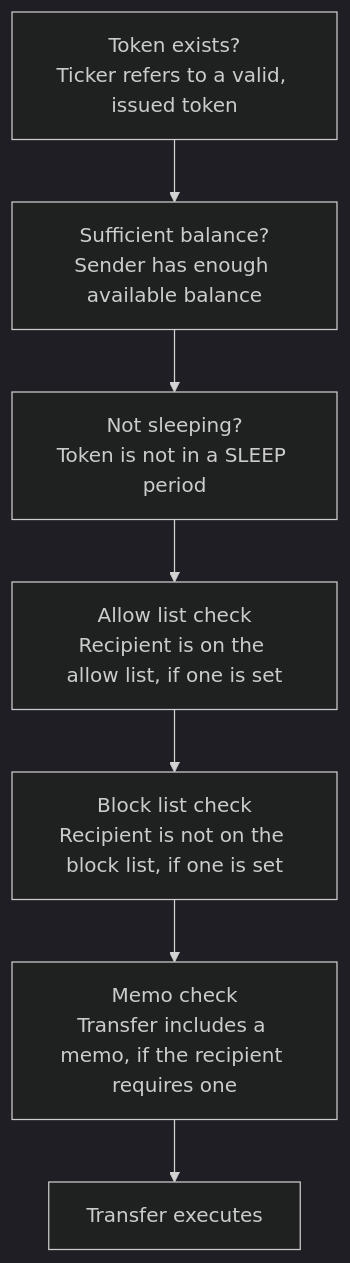
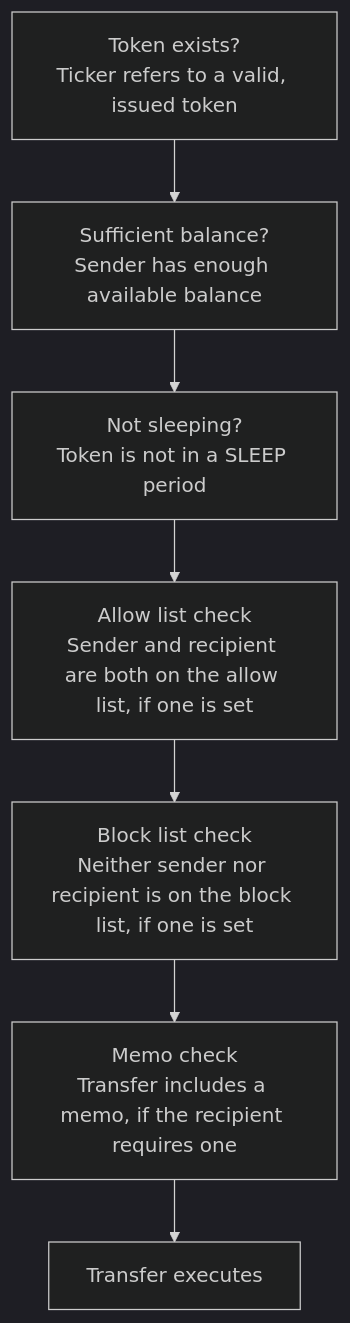
One commit to XChain-Platform/xchain-documentation changed the diagram in concepts/tokens.md. Above: the diagram before and after it, drawn with Mermaid (dark theme). The commit also changed other lines of this file and 62 other files, not shown here.

````diff
--- a/concepts/tokens.md
+++ b/concepts/tokens.md
@@ -96,9 +98,9 @@
 ```mermaid
 flowchart TD
     A["Token exists?<br>Ticker refers to a valid, issued token"] --> B["Sufficient balance?<br>Sender has enough available balance"]
     B --> C["Not sleeping?<br>Token is not in a SLEEP period"]
-    C --> D["Allow list check<br>Recipient is on the allow list, if one is set"]
-    D --> E["Block list check<br>Recipient is not on the block list, if one is set"]
+    C --> D["Allow list check<br>Sender and recipient are both on the allow list, if one is set"]
+    D --> E["Block list check<br>Neither sender nor recipient is on the block list, if one is set"]
     E --> F["Memo check<br>Transfer includes a memo, if the recipient requires one"]
     F --> G["Transfer executes"]
 ```
````
